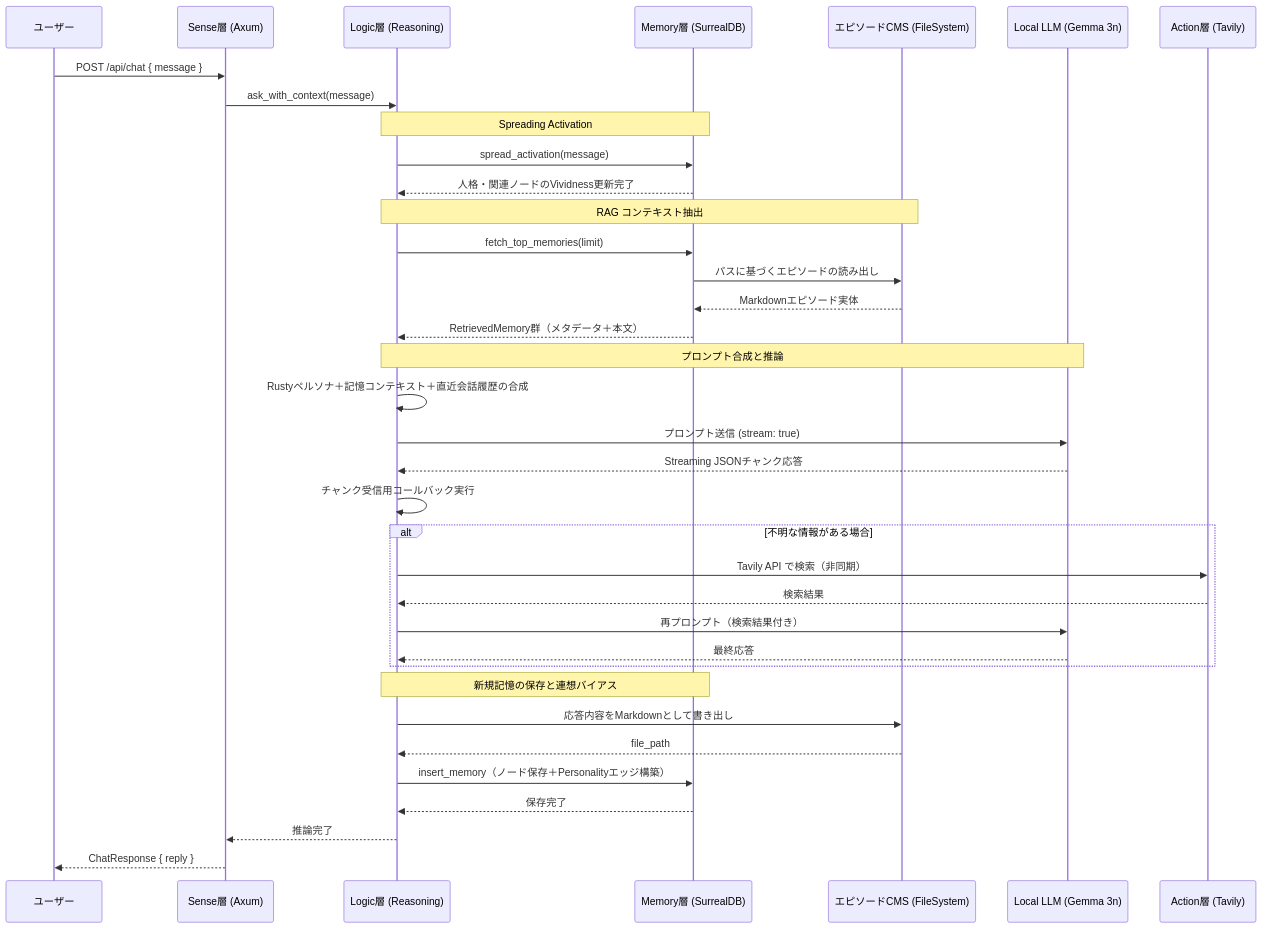
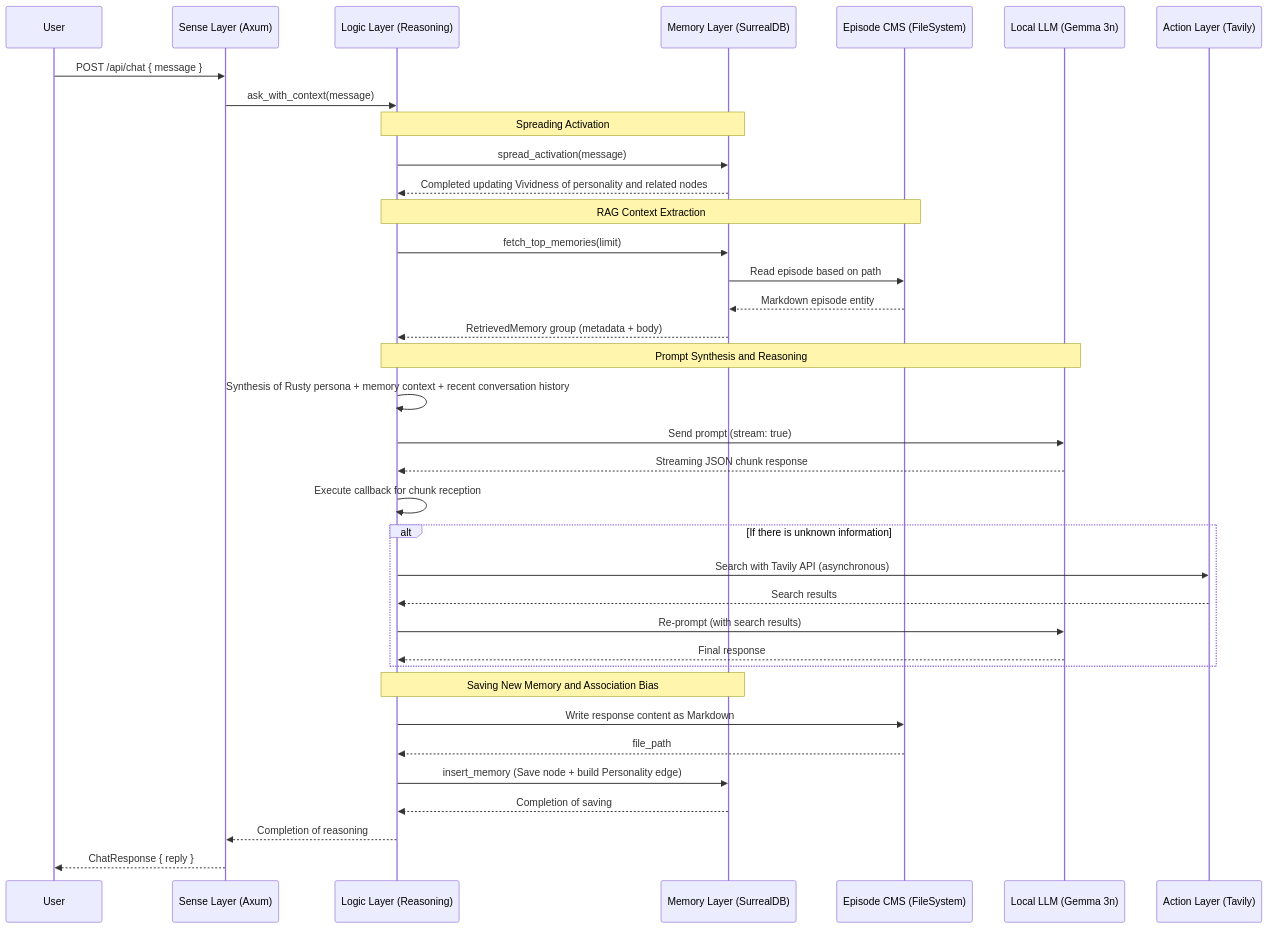
The diagram in .gemini/docs/diagrams/sequence_chat_flow.md (rhsmz/iris), drawn with Mermaid before and after one commit. The commit also changed other lines of this file and 25 other files, not shown here.

````diff
--- a/.gemini/docs/diagrams/sequence_chat_flow.md
+++ b/.gemini/docs/diagrams/sequence_chat_flow.md
@@ -9,45 +9,45 @@
 ```mermaid
 sequenceDiagram
-    participant User as ユーザー
-    participant Axum as Sense層 (Axum)
-    participant Logic as Logic層 (Reasoning)
-    participant Memory as Memory層 (SurrealDB)
-    participant FS as エピソードCMS (FileSystem)
+    participant User as User
+    participant Axum as Sense Layer (Axum)
+    participant Logic as Logic Layer (Reasoning)
+    participant Memory as Memory Layer (SurrealDB)
+    participant FS as Episode CMS (FileSystem)
     participant Ollama as Local LLM (Gemma 3n)
-    participant Action as Action層 (Tavily)
+    participant Action as Action Layer (Tavily)
 
     User->>Axum: POST /api/chat { message }
     Axum->>Logic: ask_with_context(message)
 
     Note over Logic,Memory: Spreading Activation
     Logic->>Memory: spread_activation(message)
-    Memory-->>Logic: 人格・関連ノードのVividness更新完了
+    Memory-->>Logic: Completed updating Vividness of personality and related nodes
 
-    Note over Logic,FS: RAG コンテキスト抽出
+    Note over Logic,FS: RAG Context Extraction
     Logic->>Memory: fetch_top_memories(limit)
-    Memory->>FS: パスに基づくエピソードの読み出し
-    FS-->>Memory: Markdownエピソード実体
-    Memory-->>Logic: RetrievedMemory群（メタデータ＋本文）
+    Memory->>FS: Read episode based on path
+    FS-->>Memory: Markdown episode entity
+    Memory-->>Logic: RetrievedMemory group (metadata + body)
 
-    Note over Logic,Ollama: プロンプト合成と推論
-    Logic->>Logic: Rustyペルソナ＋記憶コンテキスト＋直近会話履歴の合成
-    Logic->>Ollama: プロンプト送信 (stream: true)
-    Ollama-->>Logic: Streaming JSONチャンク応答
-    Logic->>Logic: チャンク受信用コールバック実行
+    Note over Logic,Ollama: Prompt Synthesis and Reasoning
+    Logic->>Logic: Synthesis of Rusty persona + memory context + recent conversation history
+    Logic->>Ollama: Send prompt (stream: true)
+    Ollama-->>Logic: Streaming JSON chunk response
+    Logic->>Logic: Execute callback for chunk reception
 
-    alt 不明な情報がある場合
-        Logic->>Action: Tavily API で検索（非同期）
-        Action-->>Logic: 検索結果
-        Logic->>Ollama: 再プロンプト（検索結果付き）
-        Ollama-->>Logic: 最終応答
+    alt If there is unknown information
+        Logic->>Action: Search with Tavily API (asynchronous)
+        Action-->>Logic: Search results
+        Logic->>Ollama: Re-prompt (with search results)
+        Ollama-->>Logic: Final response
     end
 
-    Note over Logic,Memory: 新規記憶の保存と連想バイアス
-    Logic->>FS: 応答内容をMarkdownとして書き出し
+    Note over Logic,Memory: Saving New Memory and Association Bias
+    Logic->>FS: Write response content as Markdown
     FS-->>Logic: file_path
-    Logic->>Memory: insert_memory（ノード保存＋Personalityエッジ構築）
-    Memory-->>Logic: 保存完了
+    Logic->>Memory: insert_memory (Save node + build Personality edge)
+    Memory-->>Logic: Completion of saving
 
-    Logic-->>Axum: 推論完了
+    Logic-->>Axum: Completion of reasoning
     Axum-->>User: ChatResponse { reply }
 ```
````
